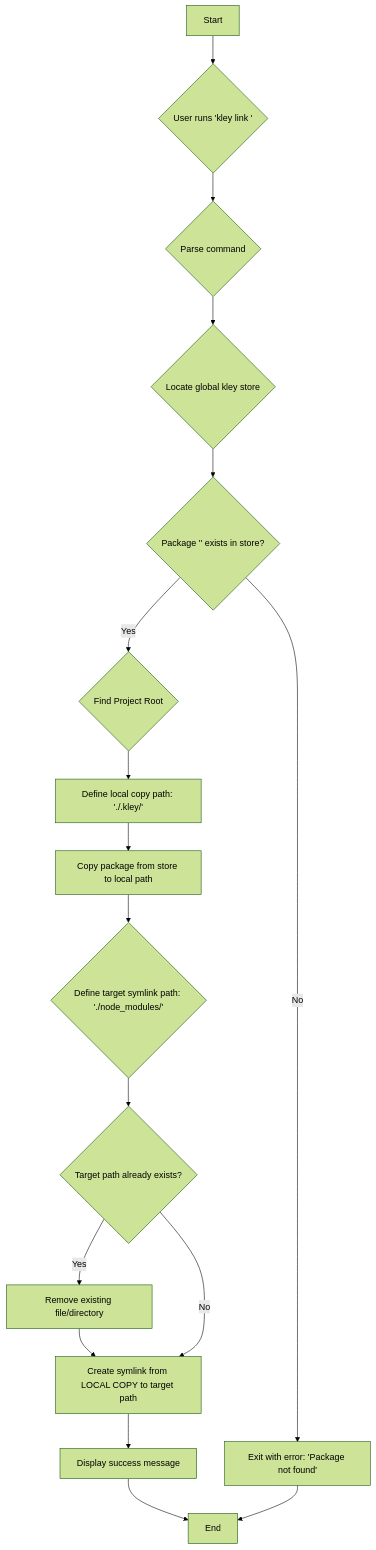
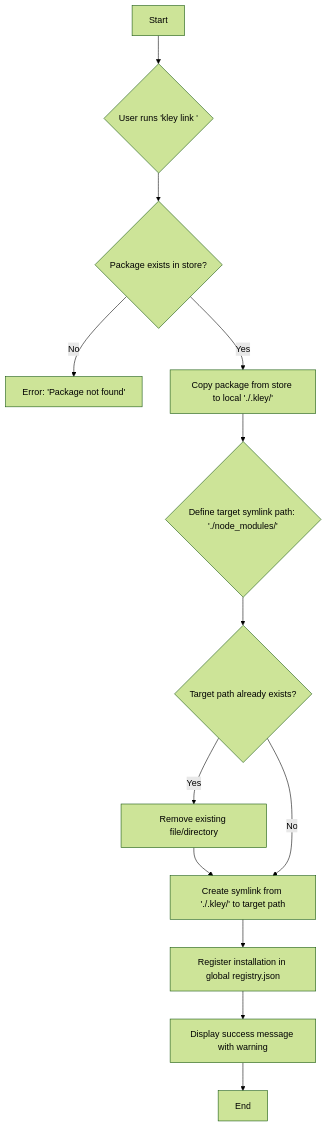
The diagram in docs/tickets/009-link-command.md (sumbad/kley), drawn with Mermaid (forest theme) before and after one commit. The commit also changed other lines of this file and 6 other files, not shown here.

````diff
--- a/docs/tickets/009-link-command.md
+++ b/docs/tickets/009-link-command.md
@@ -16,20 +19,16 @@
 ```mermaid
 graph TD
     A[Start] --> B{User runs 'kley link <pkg>'};
-    B --> C{Parse command};
-    C --> D{Locate global kley store};
-    D --> E{Package '<pkg>' exists in store?};
-    E -- No --> F[Exit with error: 'Package not found'];
-    E -- Yes --> G{Find Project Root};
-    G --> H[Define local copy path: './.kley/<pkg>'];
-    H --> I[Copy package from store to local path];
-    I --> J{Define target symlink path: './node_modules/<pkg>'};
-    J --> K{Target path already exists?};
-    K -- Yes --> L[Remove existing file/directory];
-    L --> M;
-    K -- No --> M;
-    M[Create symlink from LOCAL COPY to target path];
-    M --> N[Display success message];
-    N --> O[End];
-    F --> O;
+    B --> C{Package exists in store?};
+    C -- No --> D[Error: 'Package not found'];
+    C -- Yes --> E[Copy package from store to local './.kley/<pkg>'];
+    E --> F{Define target symlink path: './node_modules/<pkg>'};
+    F --> G{Target path already exists?};
+    G -- Yes --> H[Remove existing file/directory];
+    H --> I;
+    G -- No --> I;
+    I[Create symlink from './.kley/<pkg>' to target path];
+    I --> J[Register installation in global registry.json];
+    J --> K[Display success message with warning];
+    K --> L[End];
 ```
````
